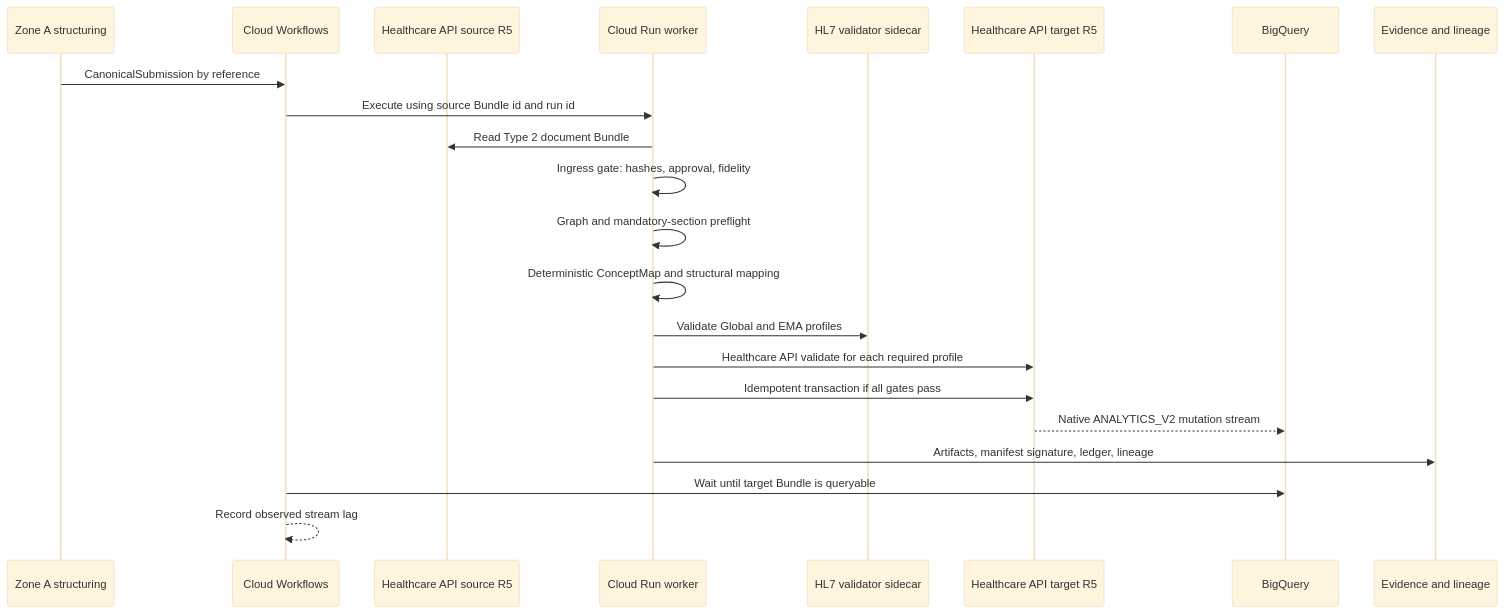
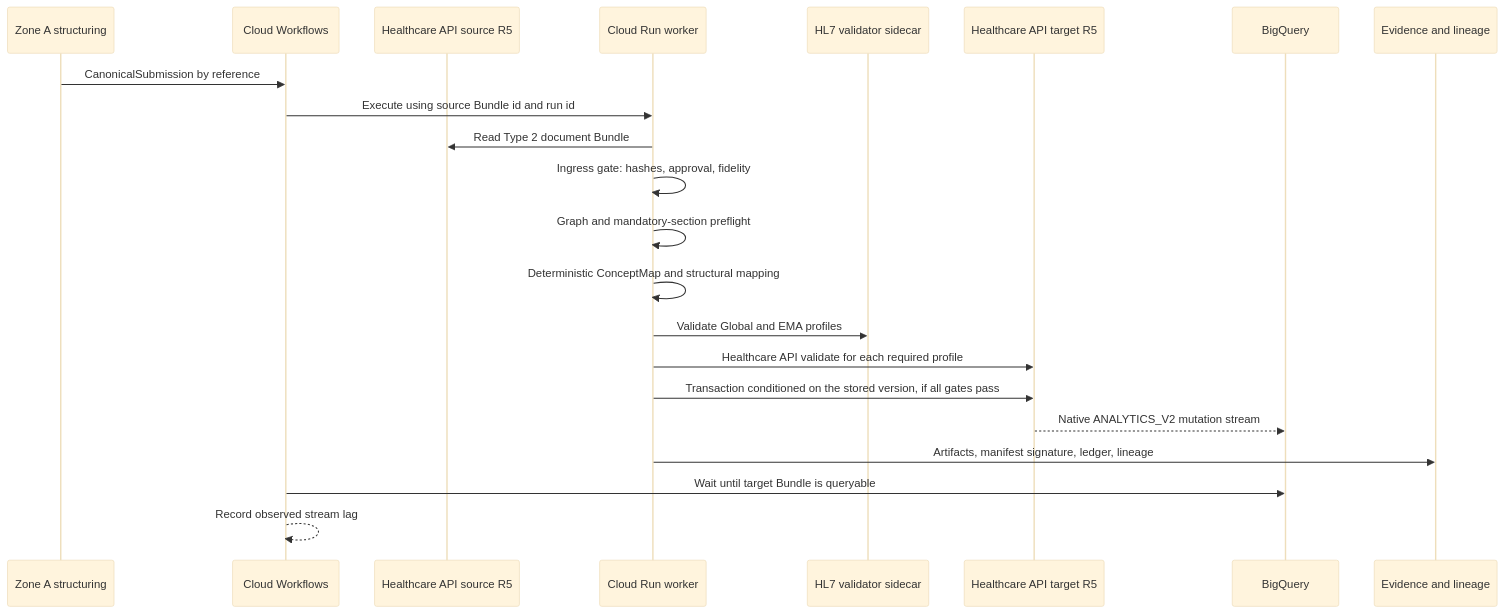
Before and after one commit to ogbetspp-coder/fhir_real_time_data_exchange: the first of 2 diagrams in docs/architecture.md, drawn with Mermaid (base theme). The commit also changed other lines of this file and 62 other files, not shown here.

````diff
--- a/docs/architecture.md
+++ b/docs/architecture.md
@@ -112,25 +112,25 @@
 ```mermaid
 sequenceDiagram
   participant ZA as Zone A structuring
   participant WF as Cloud Workflows
   participant SRC as Healthcare API source R5
   participant APP as Cloud Run worker
   participant VAL as HL7 validator sidecar
   participant TGT as Healthcare API target R5
   participant BQ as BigQuery
   participant EV as Evidence and lineage
 
   ZA->>WF: CanonicalSubmission by reference
   WF->>APP: Execute using source Bundle id and run id
   APP->>SRC: Read Type 2 document Bundle
   APP->>APP: Ingress gate: hashes, approval, fidelity
   APP->>APP: Graph and mandatory-section preflight
   APP->>APP: Deterministic ConceptMap and structural mapping
   APP->>VAL: Validate Global and EMA profiles
   APP->>TGT: Healthcare API validate for each required profile
-  APP->>TGT: Idempotent transaction if all gates pass
+  APP->>TGT: Transaction conditioned on the stored version, if all gates pass
   TGT-->>BQ: Native ANALYTICS_V2 mutation stream
   APP->>EV: Artifacts, manifest signature, ledger, lineage
   WF->>BQ: Wait until target Bundle is queryable
   WF-->>WF: Record observed stream lag
 ```
````
